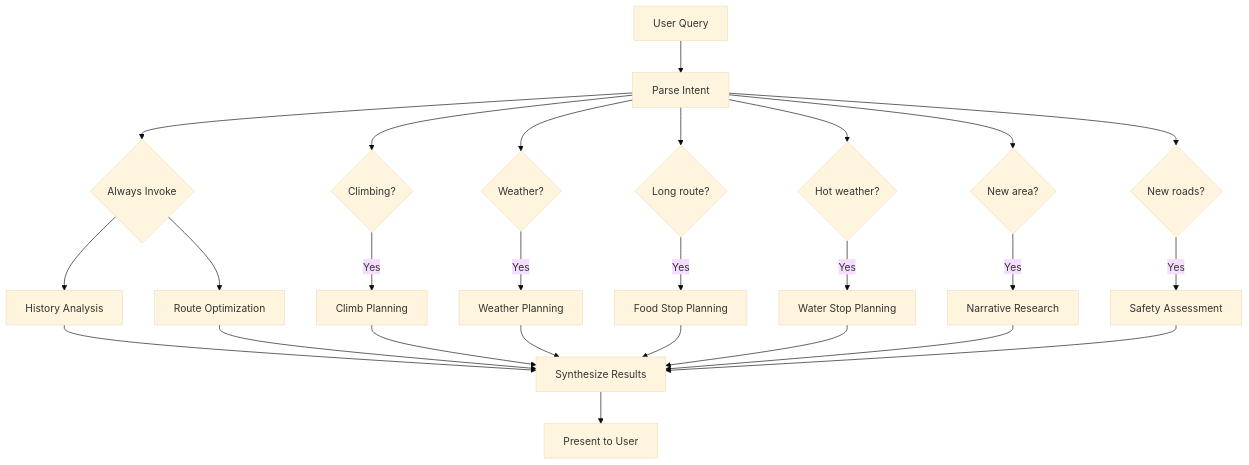
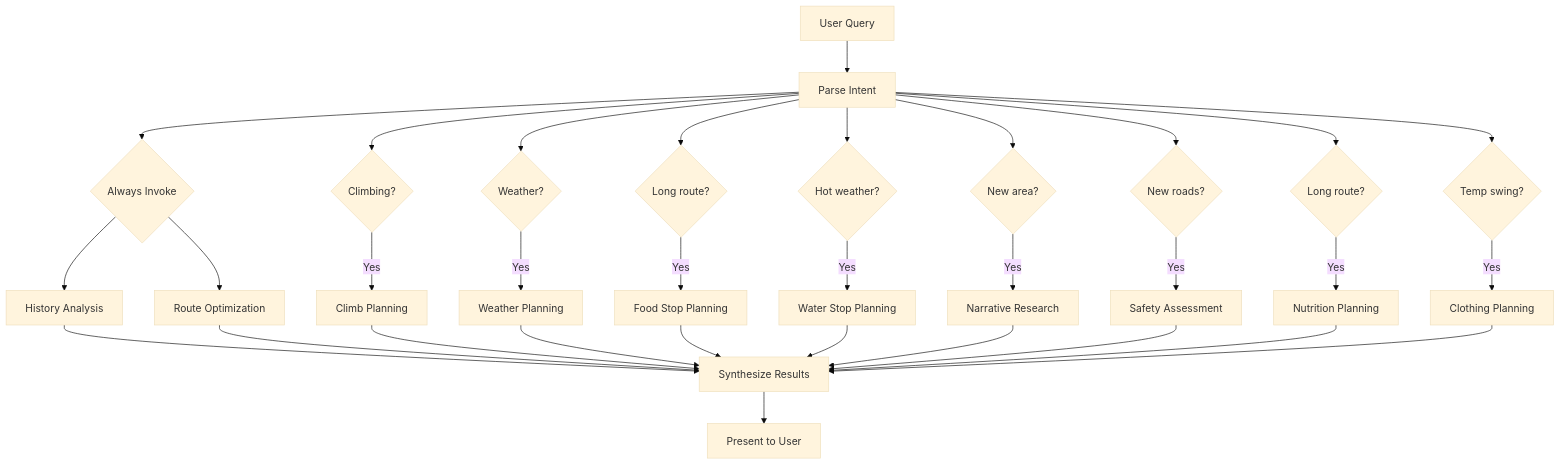
Before and after one commit to bendrucker/route-agent: the second of 2 diagrams in docs/skills.md, drawn with Mermaid (base theme). The commit also changed other lines of this file and 10 other files, not shown here.

First line of the commit message:
Add Nutrition Planning and Clothing Planning skills

````diff
--- a/docs/skills.md
+++ b/docs/skills.md
@@ -255,31 +359,38 @@
 ```mermaid
 flowchart TD
     Query[User Query] --> Parse[Parse Intent]
 
     Parse --> Always{Always Invoke}
     Always --> History[History Analysis]
     Always --> Optimize[Route Optimization]
 
     Parse --> Climbing{Climbing?}
     Climbing -->|Yes| ClimbSkill[Climb Planning]
 
     Parse --> Weather{Weather?}
     Weather -->|Yes| WeatherSkill[Weather Planning]
 
     Parse --> Food{Long route?}
     Food -->|Yes| FoodSkill[Food Stop Planning]
 
     Parse --> Water{Hot weather?}
     Water -->|Yes| WaterSkill[Water Stop Planning]
 
     Parse --> NewArea{New area?}
     NewArea -->|Yes| NarrativeSkill[Narrative Research]
 
     Parse --> Unfamiliar{New roads?}
     Unfamiliar -->|Yes| SafetySkill[Safety Assessment]
 
+    Parse --> LongRoute{Long route?}
+    LongRoute -->|Yes| NutritionSkill[Nutrition Planning]
+
+    Parse --> TempSwing{Temp swing?}
+    TempSwing -->|Yes| ClothingSkill[Clothing Planning]
+
     History & Optimize & ClimbSkill & WeatherSkill --> Synthesize
     FoodSkill & WaterSkill & NarrativeSkill & SafetySkill --> Synthesize
+    NutritionSkill & ClothingSkill --> Synthesize
 
     Synthesize[Synthesize Results] --> Present[Present to User]
 ```
````
